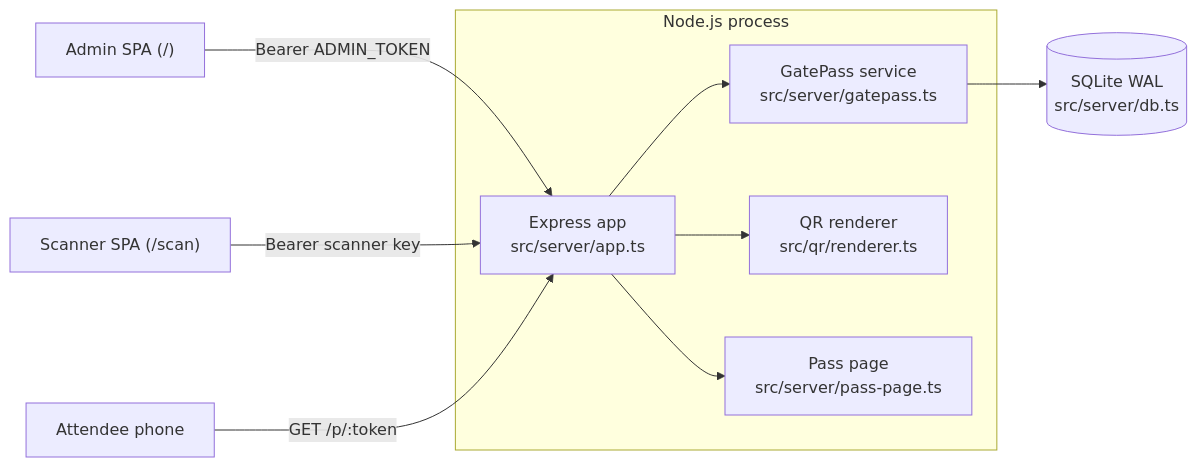
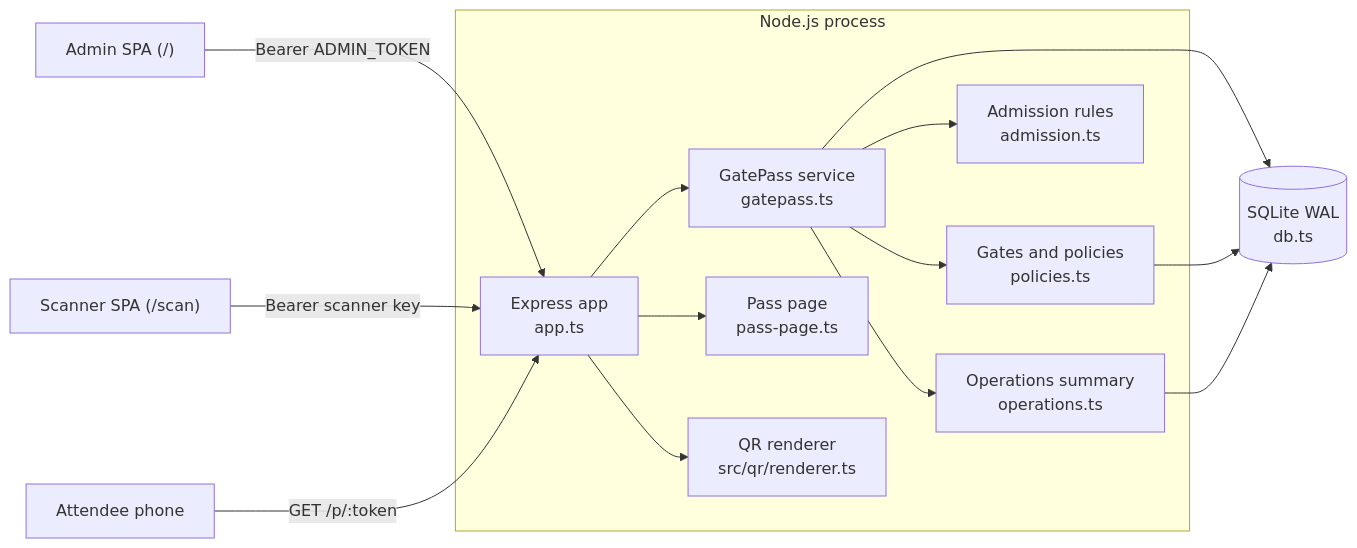
Before and after one commit to tanmay-alpha/GatePass: the first of 5 diagrams in docs/architecture.md, drawn with Mermaid. The commit also changed other lines of this file and 24 other files, not shown here.

````diff
--- a/docs/architecture.md
+++ b/docs/architecture.md
@@ -5,12 +5,17 @@
 ```mermaid
 flowchart LR
   Admin["Admin SPA (/)"] -- "Bearer ADMIN_TOKEN" --> API
   Scanner["Scanner SPA (/scan)"] -- "Bearer scanner key" --> API
   Phone["Attendee phone"] -- "GET /p/:token" --> API
   subgraph Process["Node.js process"]
-    API["Express app<br/>src/server/app.ts"] --> Svc["GatePass service<br/>src/server/gatepass.ts"]
+    API["Express app<br/>app.ts"] --> Svc["GatePass service<br/>gatepass.ts"]
+    Svc --> Access["Gates and policies<br/>policies.ts"]
+    Svc --> Rules["Admission rules<br/>admission.ts"]
+    Svc --> Ops["Operations summary<br/>operations.ts"]
+    API --> Page["Pass page<br/>pass-page.ts"]
     API --> QR["QR renderer<br/>src/qr/renderer.ts"]
-    API --> Page["Pass page<br/>src/server/pass-page.ts"]
   end
-  Svc --> DB[("SQLite WAL<br/>src/server/db.ts")]
+  Svc --> DB[("SQLite WAL<br/>db.ts")]
+  Access --> DB
+  Ops --> DB
 ```
````
